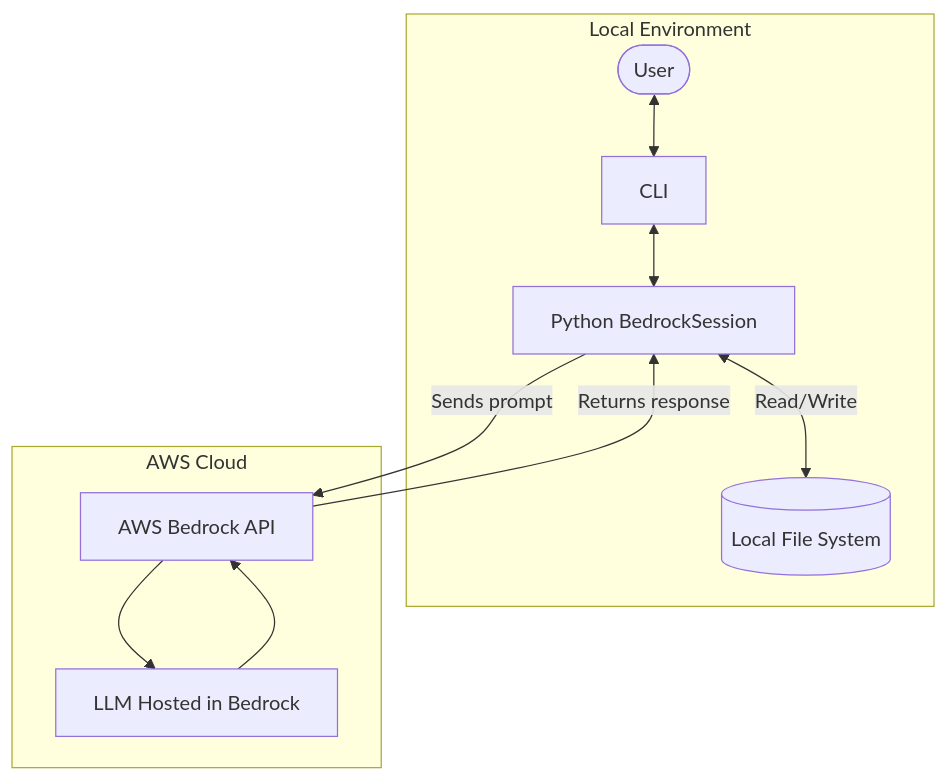
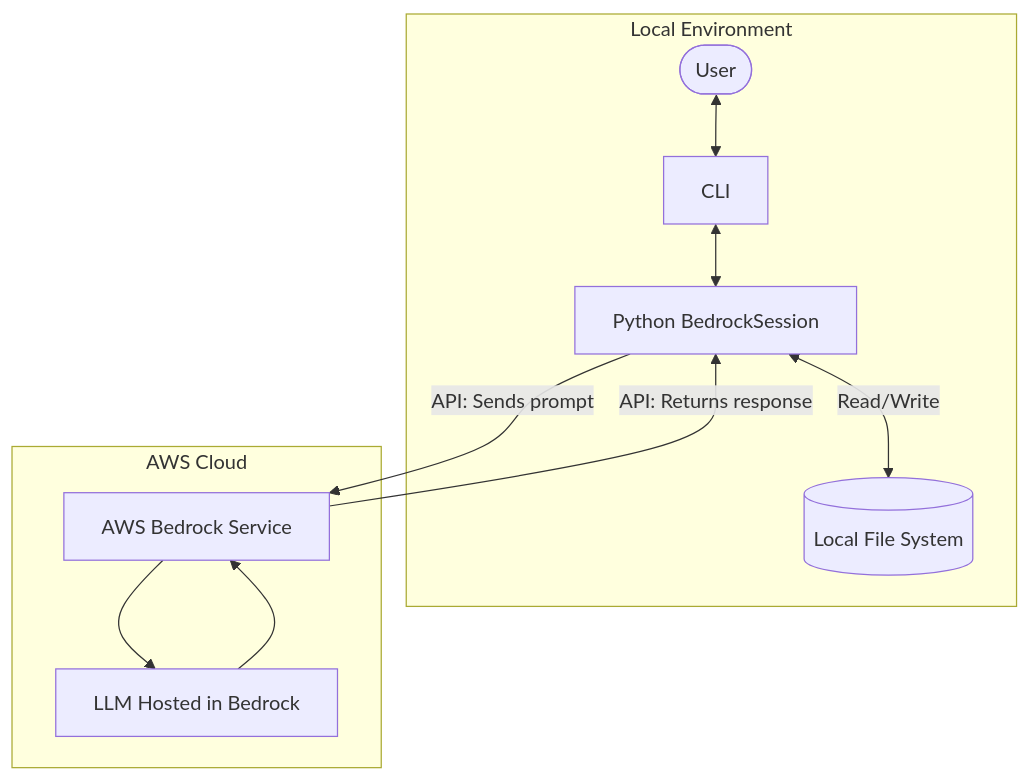
One commit to RayKMAllen/email_assistant changed the diagram in Architecture.md. Above: the diagram before and after it, drawn with Mermaid. The commit also changed 5 other files, not shown here.

````diff
--- a/Architecture.md
+++ b/Architecture.md
@@ -1,28 +1,28 @@
 ```mermaid
 flowchart TD
 
     subgraph UserSide["Local Environment"]
         User([User])
         CLI[CLI]
         Session[Python BedrockSession]
         FS[(Local File System)]
     end
 
     subgraph CloudSide["AWS Cloud"]
-        Bedrock[AWS Bedrock API]
+        Bedrock[AWS Bedrock Service]
         Model[LLM Hosted in Bedrock]
     end
 
     User <--> CLI
     CLI <--> Session
 
     Session <--> |Read/Write| FS
 
-    Session -->|Sends prompt| Bedrock
-    Bedrock -->|Returns response| Session
+    Session -->|API: Sends prompt| Bedrock
+    Bedrock -->|API: Returns response| Session
 
     Bedrock --> Model
     Model --> Bedrock
 
 
 ```
````
